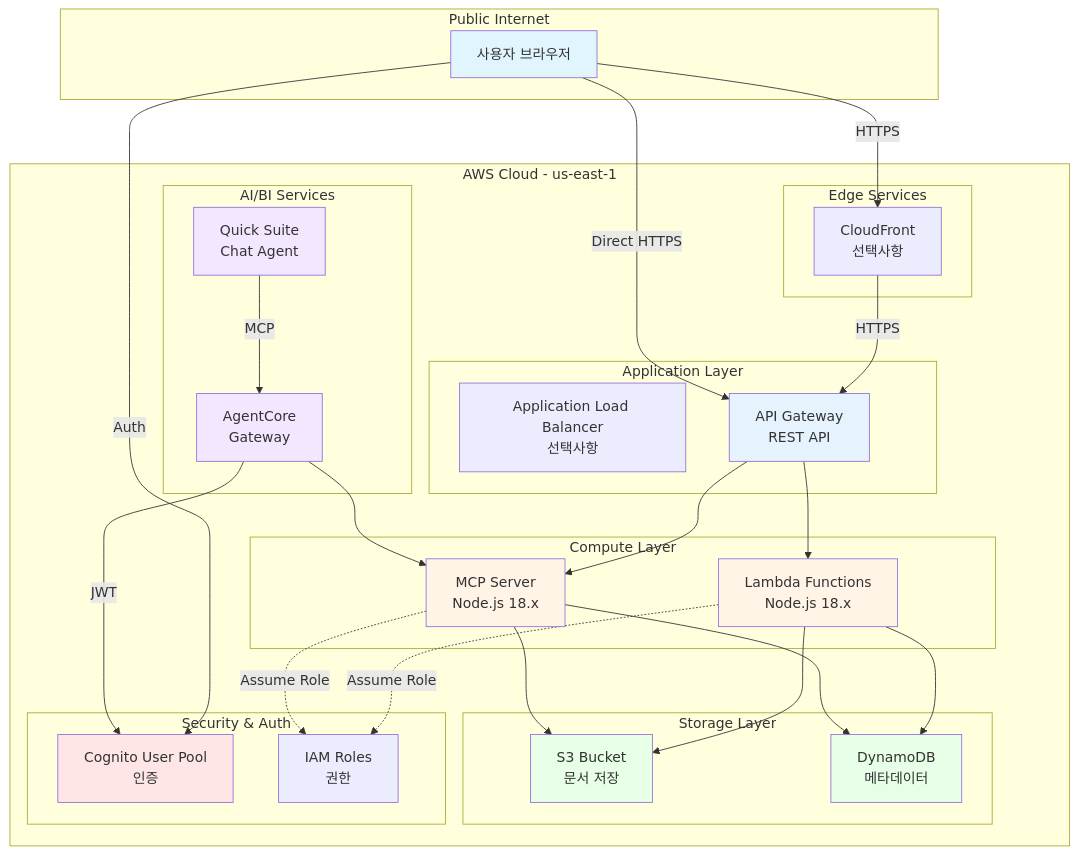
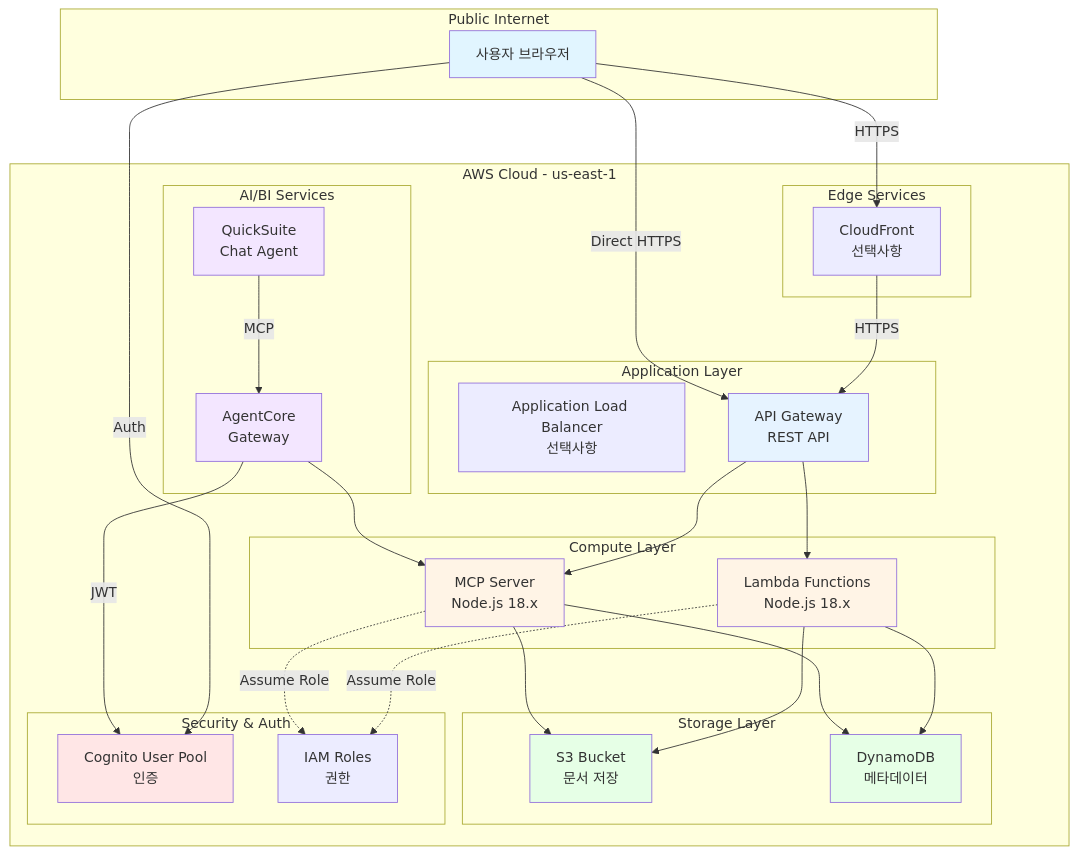
The seventh of 9 diagrams in docs/ARCHITECTURE.md (ironpe/architecture-review-using-quicksuite-chatagent-embeding), drawn with Mermaid before and after one commit. The commit also changed other lines of this file, not shown here.

Commit message:
docs: rename Quick Suite to QuickSuite in ARCHITECTURE.md

````diff
--- a/docs/ARCHITECTURE.md
+++ b/docs/ARCHITECTURE.md
@@ -281,67 +281,67 @@
 ```mermaid
 graph TB
     subgraph "Public Internet"
         Browser[사용자 브라우저]
     end
 
     subgraph "AWS Cloud - us-east-1"
         subgraph "Edge Services"
             CloudFront[CloudFront<br/>선택사항]
         end
 
         subgraph "Application Layer"
             ALB[Application Load Balancer<br/>선택사항]
             APIGW[API Gateway<br/>REST API]
         end
 
         subgraph "Compute Layer"
             Lambda1[Lambda Functions<br/>Node.js 18.x]
             Lambda2[MCP Server<br/>Node.js 18.x]
         end
 
         subgraph "Storage Layer"
             S3[S3 Bucket<br/>문서 저장]
             DDB[DynamoDB<br/>메타데이터]
         end
 
         subgraph "Security & Auth"
             Cognito[Cognito User Pool<br/>인증]
             IAM[IAM Roles<br/>권한]
         end
 
         subgraph "AI/BI Services"
-            QS[Quick Suite<br/>Chat Agent]
+            QS[QuickSuite<br/>Chat Agent]
             AC[AgentCore<br/>Gateway]
         end
     end
 
     Browser -->|HTTPS| CloudFront
     CloudFront -->|HTTPS| APIGW
     Browser -->|Direct HTTPS| APIGW
     
     APIGW --> Lambda1
     APIGW --> Lambda2
     
     Lambda1 --> S3
     Lambda1 --> DDB
     Lambda2 --> S3
     Lambda2 --> DDB
     
     Lambda1 -.->|Assume Role| IAM
     Lambda2 -.->|Assume Role| IAM
     
     Browser -->|Auth| Cognito
     QS -->|MCP| AC
     AC -->|JWT| Cognito
     AC --> Lambda2
 
     style Browser fill:#e1f5ff
     style APIGW fill:#e6f3ff
     style Lambda1 fill:#fff4e6
     style Lambda2 fill:#fff4e6
     style S3 fill:#e6ffe6
     style DDB fill:#e6ffe6
     style Cognito fill:#ffe6e6
     style QS fill:#f3e6ff
     style AC fill:#f3e6ff
 ```
````
